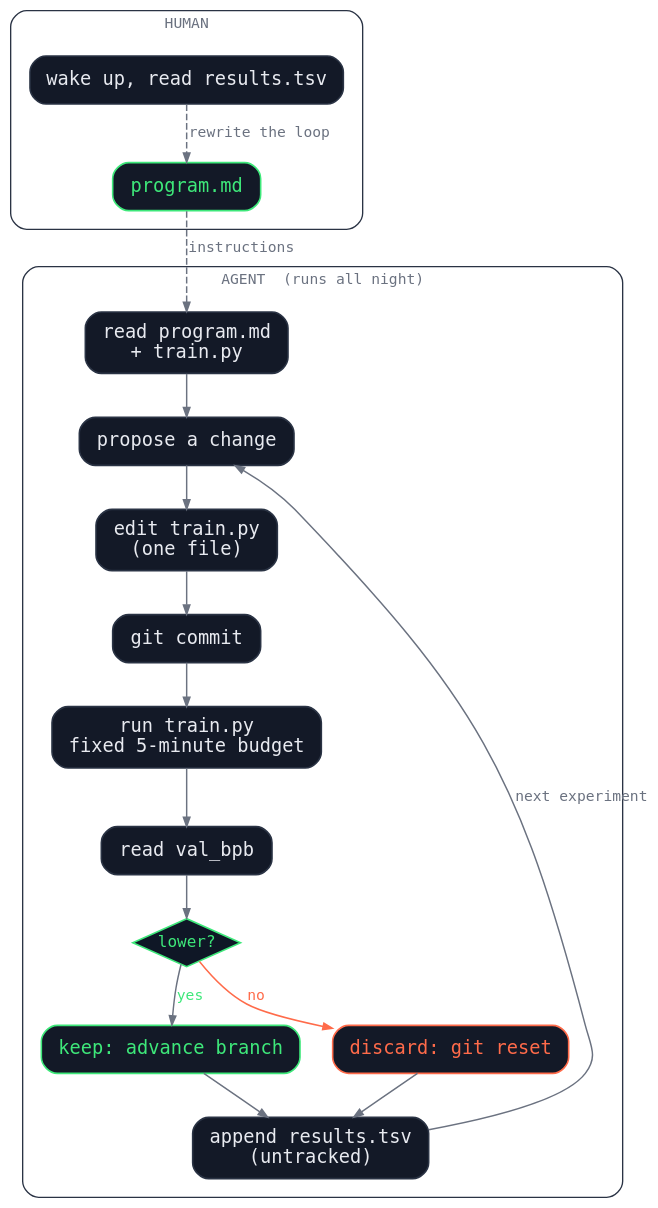
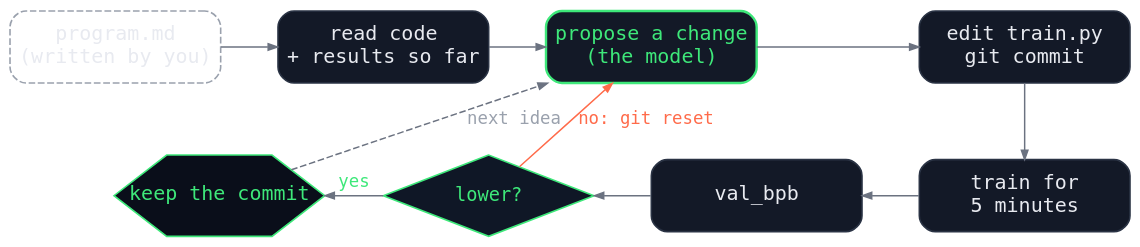
One commit to marketneutral/marketneutral.github.io changed the diagram in src/posts/ai-scientist/autoresearch-loop.dot. Above: the diagram before and after it, drawn with Graphviz. The commit also changed 7 other files, not shown here.

```diff
--- a/src/posts/ai-scientist/autoresearch-loop.dot
+++ b/src/posts/ai-scientist/autoresearch-loop.dot
@@ -1,50 +1,49 @@
 // Source for autoresearch-loop.svg. Re-render with:
 //   dot -Tsvg autoresearch-loop.dot -o autoresearch-loop.svg
+// Deliberately mirrors scientific-method.dot: the same two-row layout, with
+// each step relabelled as the step autoresearch runs in its place.
 digraph autoresearch {
   rankdir=TB;
   bgcolor="transparent";
   pad=0.25;
-  nodesep=0.35;
-  ranksep=0.45;
-  newrank=true;
+  nodesep=0.30;
+  ranksep=0.55;
   fontname="IBM Plex Mono, Menlo, DejaVu Sans Mono, monospace";
   node [shape=box, style="rounded,filled", fillcolor="#131927", color="#2a3344",
         fontcolor="#e8eaf0", fontname="IBM Plex Mono, Menlo, DejaVu Sans Mono, monospace",
-        fontsize=14, margin="0.20,0.11", penwidth=1.2];
+        fontsize=15, margin="0.10,0.14", penwidth=1.2, width=2.2, height=0.75, fixedsize=true];
   edge [color="#6b7280", arrowsize=0.7, penwidth=1.1,
         fontname="IBM Plex Mono, Menlo, DejaVu Sans Mono, monospace",
-        fontsize=11, fontcolor="#6b7280"];
+        fontsize=13, fontcolor="#9aa1ad"];
 
-  subgraph cluster_human {
-    label="HUMAN";
-    fontcolor="#6b7280"; fontsize=11; color="#2a3344"; style="rounded";
-    margin=14;
-    PM [label="program.md", color="#3ee87a", fontcolor="#3ee87a", style="rounded,filled"];
-    WAKE [label="wake up, read results.tsv"];
-  }
+  { rank=same; PM; READ; H; P; }
+  { rank=same; T; D; R; X; }
 
-  subgraph cluster_agent {
-    label="AGENT  (runs all night)";
-    fontcolor="#6b7280"; fontsize=11; color="#2a3344"; style="rounded";
-    margin=14;
-    READ [label="read program.md\n+ train.py"];
-    IDEA [label="propose a change"];
-    EDIT [label="edit train.py\n(one file)"];
-    COMMIT [label="git commit"];
-    RUN [label="run train.py\nfixed 5-minute budget"];
-    METRIC [label="read val_bpb"];
-    D [shape=diamond, style="filled", fillcolor="#0f1726", color="#3ee87a",
-       fontcolor="#3ee87a", label="lower?", margin="0.04,0.02", fontsize=12];
-    KEEP [label="keep: advance branch", color="#3ee87a", fontcolor="#3ee87a"];
-    RESET [label="discard: git reset", color="#ff6b4a", fontcolor="#ff6b4a"];
-    LOG [label="append results.tsv\n(untracked)"];
-  }
+  // top row, left to right
+  PM -> READ [constraint=false];
+  READ -> H [constraint=false];
+  H -> P [constraint=false];
 
-  READ -> IDEA -> EDIT -> COMMIT -> RUN -> METRIC -> D;
-  D -> KEEP [label="yes", fontcolor="#3ee87a"];
-  D -> RESET [label="no", fontcolor="#ff6b4a", color="#ff6b4a"];
-  KEEP -> LOG; RESET -> LOG;
-  LOG -> IDEA [label="next experiment", constraint=false];
-  PM -> READ [style=dashed, label="instructions"];
-  WAKE -> PM [style=dashed, label="rewrite the loop"];
+  // carriage return
+  P -> X;
+
+  // bottom row, right to left
+  X -> R [constraint=false];
+  R -> D [constraint=false];
+  D -> T [constraint=false, label="yes", fontcolor="#3ee87a"];
+
+  // feedback
+  T -> H [style=dashed, label="next idea", constraint=false, fontcolor="#9aa1ad"];
+  D -> H [label="no: git reset", constraint=false, color="#ff6b4a", fontcolor="#ff6b4a"];
+
+  PM   [label="program.md\n(written by you)", style="rounded,dashed", color="#9aa1ad"];
+  READ [label="read code\n+ results so far"];
+  H    [label="propose a change\n(the model)", color="#3ee87a", fontcolor="#3ee87a", penwidth=1.8];
+  P    [label="edit train.py\ngit commit"];
+  X    [label="train for\n5 minutes"];
+  R    [label="val_bpb"];
+  D    [shape=diamond, style="filled", fillcolor="#0f1726", color="#3ee87a",
+        fontcolor="#3ee87a", label="lower?", margin="0.04,0.02", fontsize=14, width=2.2, height=0.85, fixedsize=true];
+  T    [label="keep the commit", shape=hexagon, style="filled", fillcolor="#0a0e1a",
+        color="#3ee87a", fontcolor="#3ee87a", margin="0.04,0.02", width=2.2, height=0.85, fixedsize=true];
 }
```
